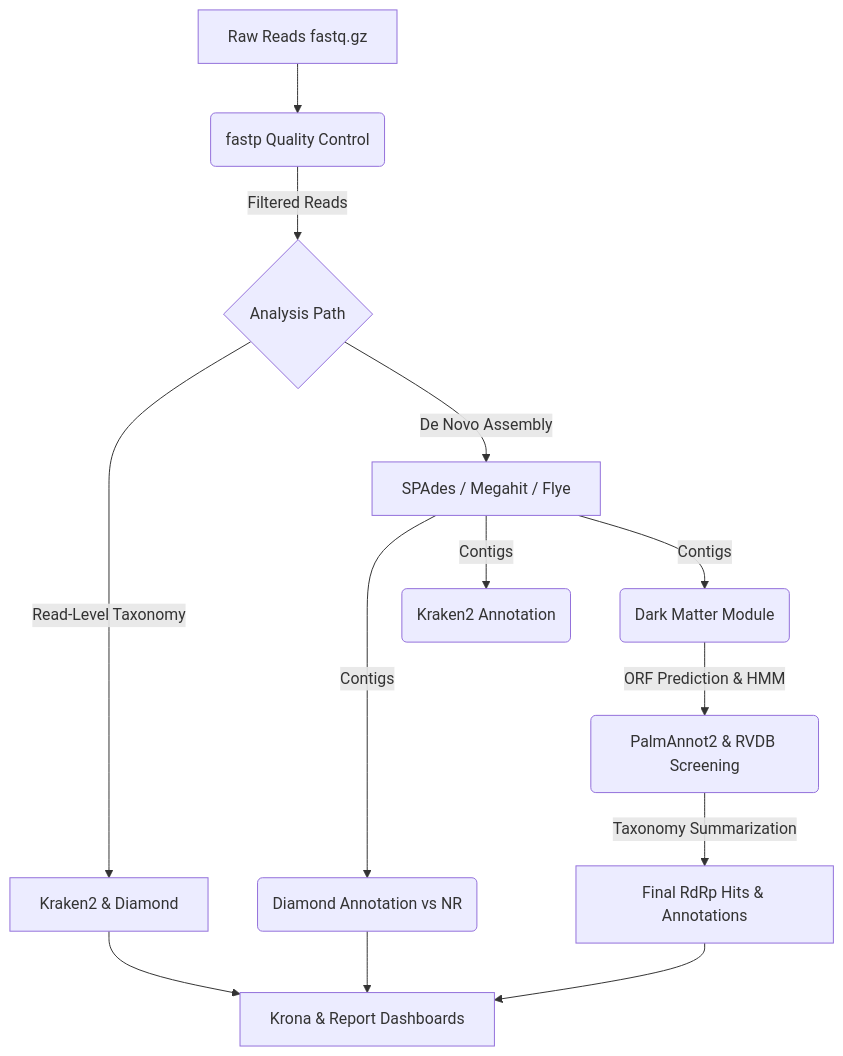
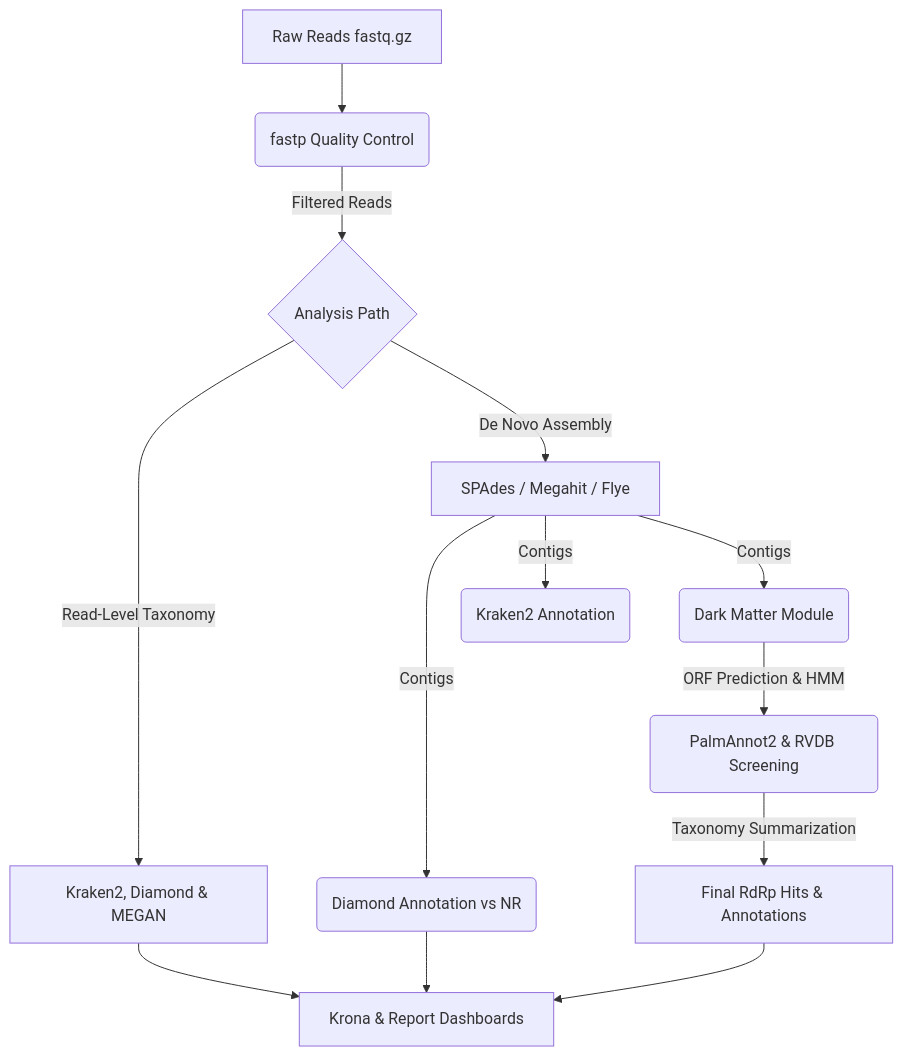
Before and after one commit to matheus-cosentino/NovaVir: the first of 2 diagrams in README.md, drawn with Mermaid. The commit also changed other lines of this file, not shown here.

Commit message:
Novel ReadMe

````diff
--- a/README.md
+++ b/README.md
@@ -32,18 +32,18 @@
 ```mermaid
 graph TD;
     A[Raw Reads fastq.gz] --> B(fastp Quality Control);
     B -->|Filtered Reads| C{Analysis Path};
-    C -->|Read-Level Taxonomy| D[Kraken2 & Diamond];
+    C -->|Read-Level Taxonomy| D[Kraken2, Diamond & MEGAN];
     C -->|De Novo Assembly| E[SPAdes / Megahit / Flye];
     
     E -->|Contigs| F(Diamond Annotation vs NR);
     E -->|Contigs| G(Kraken2 Annotation);
     E -->|Contigs| H(Dark Matter Module);
     
     H -->|ORF Prediction & HMM| I(PalmAnnot2 & RVDB Screening);
     I -->|Taxonomy Summarization| J[Final RdRp Hits & Annotations];
 
     D --> K[Krona & Report Dashboards];
     F --> K;
     J --> K;
 ```
````
